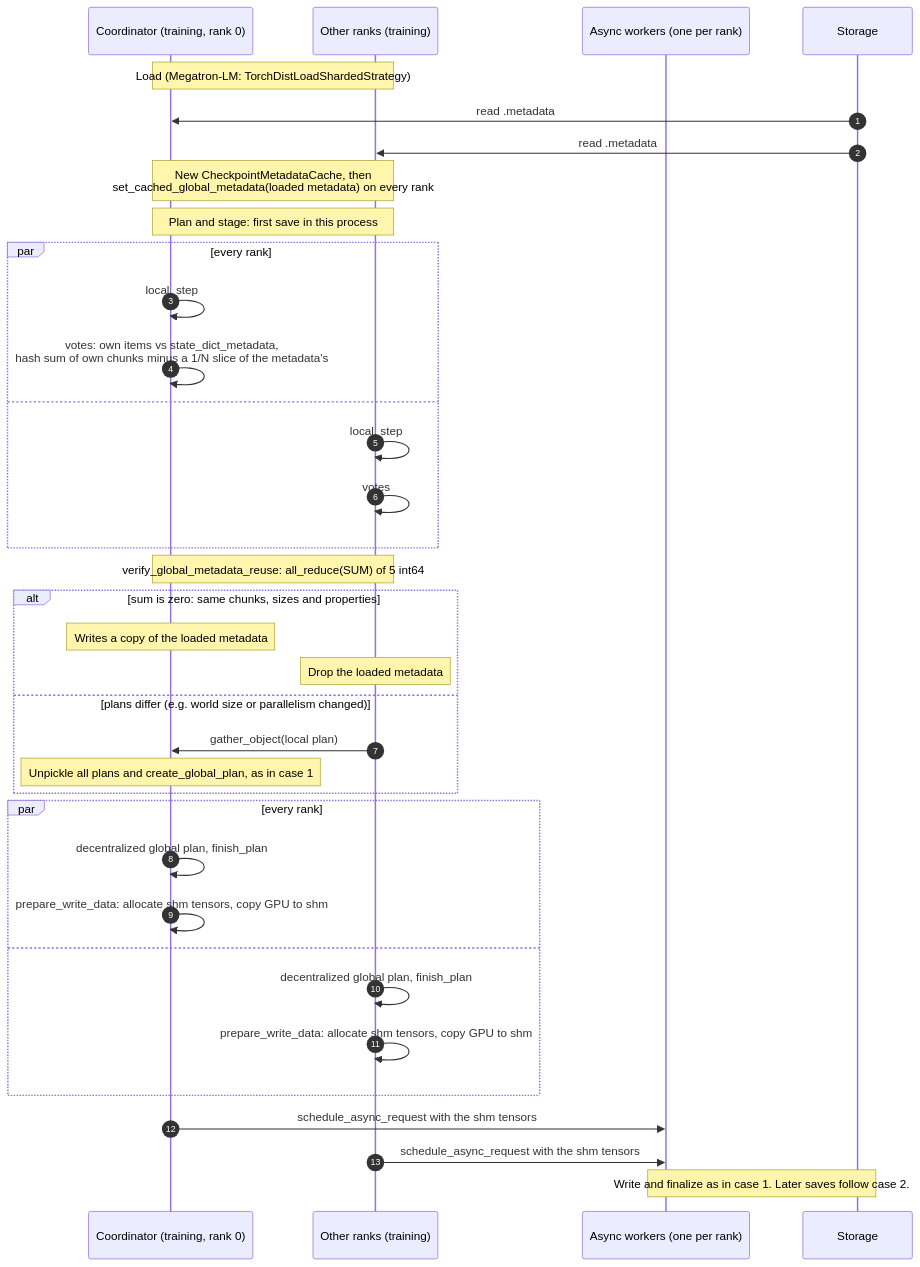
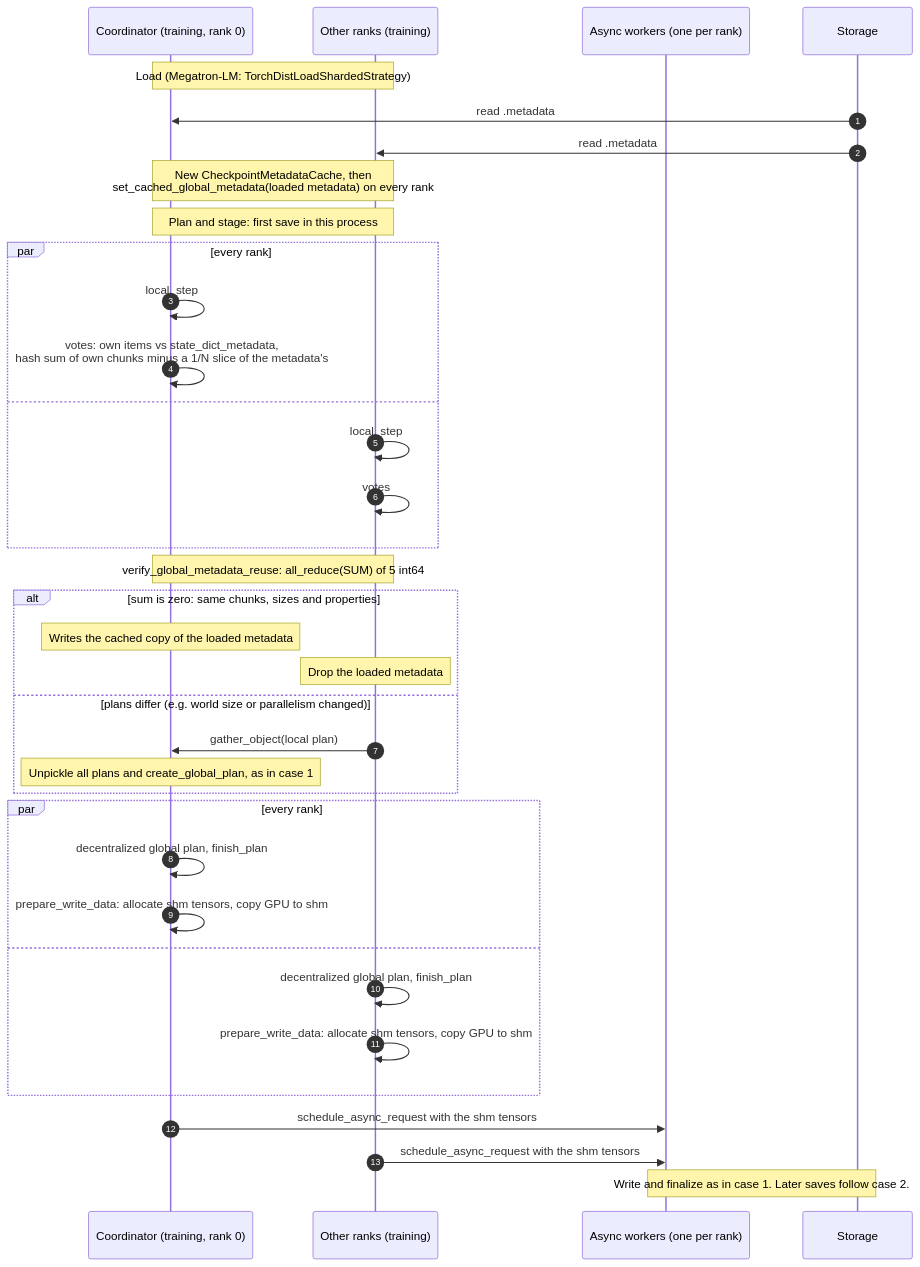
One commit to NVIDIA/nvidia-resiliency-ext changed the third of 3 diagrams in docs/design/checkpoint/ASYNC_SAVE.md. Above: the diagram before and after it, drawn with Mermaid. The commit also changed other lines of this file, not shown here.

Commit message:
Describe the single metadata copy in the design doc

````diff
--- a/docs/design/checkpoint/ASYNC_SAVE.md
+++ b/docs/design/checkpoint/ASYNC_SAVE.md
@@ -148,41 +148,41 @@
 ```mermaid
 sequenceDiagram
     autonumber
     participant C as Coordinator (training, rank 0)
     participant R as Other ranks (training)
     participant W as Async workers (one per rank)
     participant S as Storage
 
     Note over C,R: Load (Megatron-LM: TorchDistLoadShardedStrategy)
     S->>C: read .metadata
     S->>R: read .metadata
     Note over C,R: New CheckpointMetadataCache, then<br/>set_cached_global_metadata(loaded metadata) on every rank
 
     Note over C,R: Plan and stage: first save in this process
     par every rank
         C->>C: local_step
         C->>C: votes: own items vs state_dict_metadata,<br/>hash sum of own chunks minus a 1/N slice of the metadata's
     and
         R->>R: local_step
         R->>R: votes
     end
     Note over C,R: verify_global_metadata_reuse: all_reduce(SUM) of 5 int64
     alt sum is zero: same chunks, sizes and properties
-        Note over C: Writes a copy of the loaded metadata
+        Note over C: Writes the cached copy of the loaded metadata
         Note over R: Drop the loaded metadata
     else plans differ (e.g. world size or parallelism changed)
         R->>C: gather_object(local plan)
         Note over C: Unpickle all plans and create_global_plan, as in case 1
     end
     par every rank
         C->>C: decentralized global plan, finish_plan
         C->>C: prepare_write_data: allocate shm tensors, copy GPU to shm
     and
         R->>R: decentralized global plan, finish_plan
         R->>R: prepare_write_data: allocate shm tensors, copy GPU to shm
     end
 
     C->>W: schedule_async_request with the shm tensors
     R->>W: schedule_async_request with the shm tensors
     Note over W,S: Write and finalize as in case 1. Later saves follow case 2.
 ```
````
